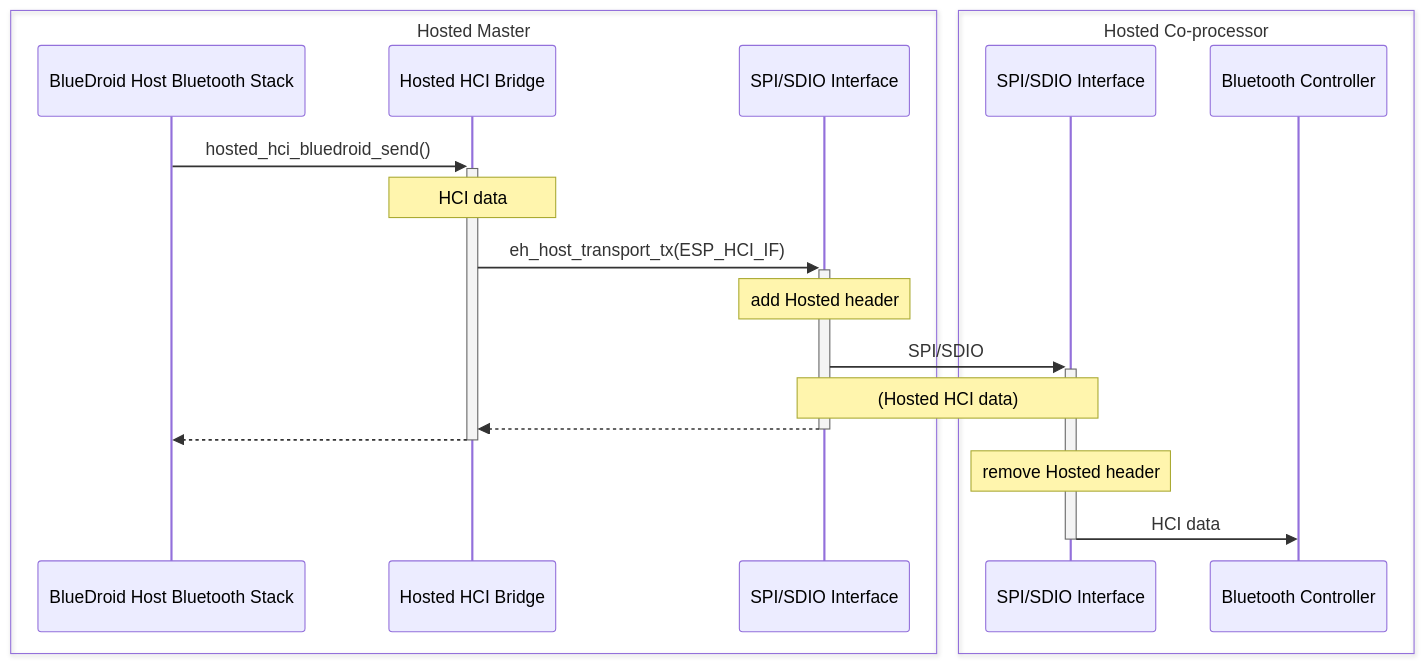
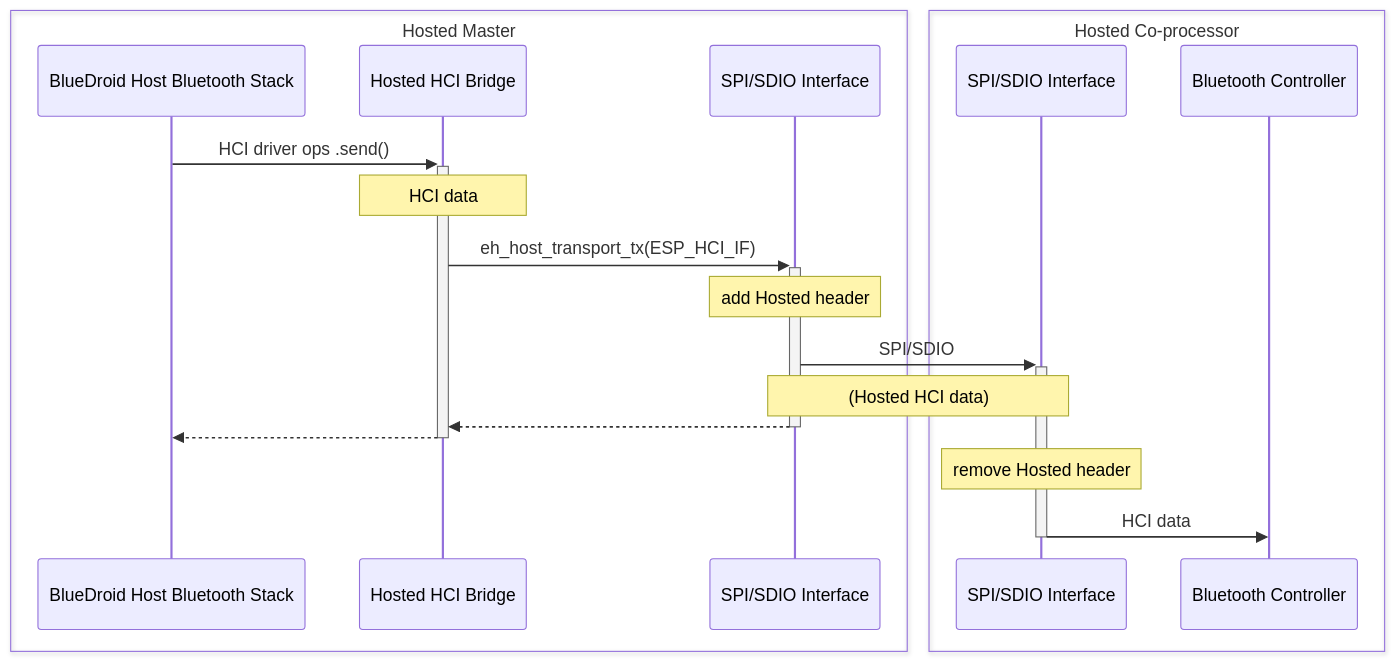
One commit to espressif/esp-hosted changed the eighth of 12 diagrams in docs/design/bluetooth.md. Above: the diagram before and after it, drawn with Mermaid. The commit also changed other lines of this file and 13 other files, not shown here.

````diff
--- a/docs/design/bluetooth.md
+++ b/docs/design/bluetooth.md
@@ -280,25 +296,25 @@
 ```mermaid
 sequenceDiagram
     box transparent Hosted Master
     participant bt as BlueDroid Host Bluetooth Stack
     participant hhci as Hosted HCI Bridge
     participant master as SPI/SDIO Interface
     end
 
     box transparent Hosted Co-processor
     participant sinterface as SPI/SDIO Interface
     participant slave as Bluetooth Controller
     end
 
-    bt ->> +hhci : hosted_hci_bluedroid_send()
+    bt ->> +hhci : HCI driver ops .send()
     Note over hhci : HCI data
     hhci ->> +master : eh_host_transport_tx(ESP_HCI_IF)
     Note over master : add Hosted header
     master ->> +sinterface: SPI/SDIO
     Note over master,sinterface : (Hosted HCI data)
     master -->> -hhci :
     hhci -->> -bt :
 
     Note over sinterface : remove Hosted header
     sinterface ->> -slave : HCI data
 ```
````
